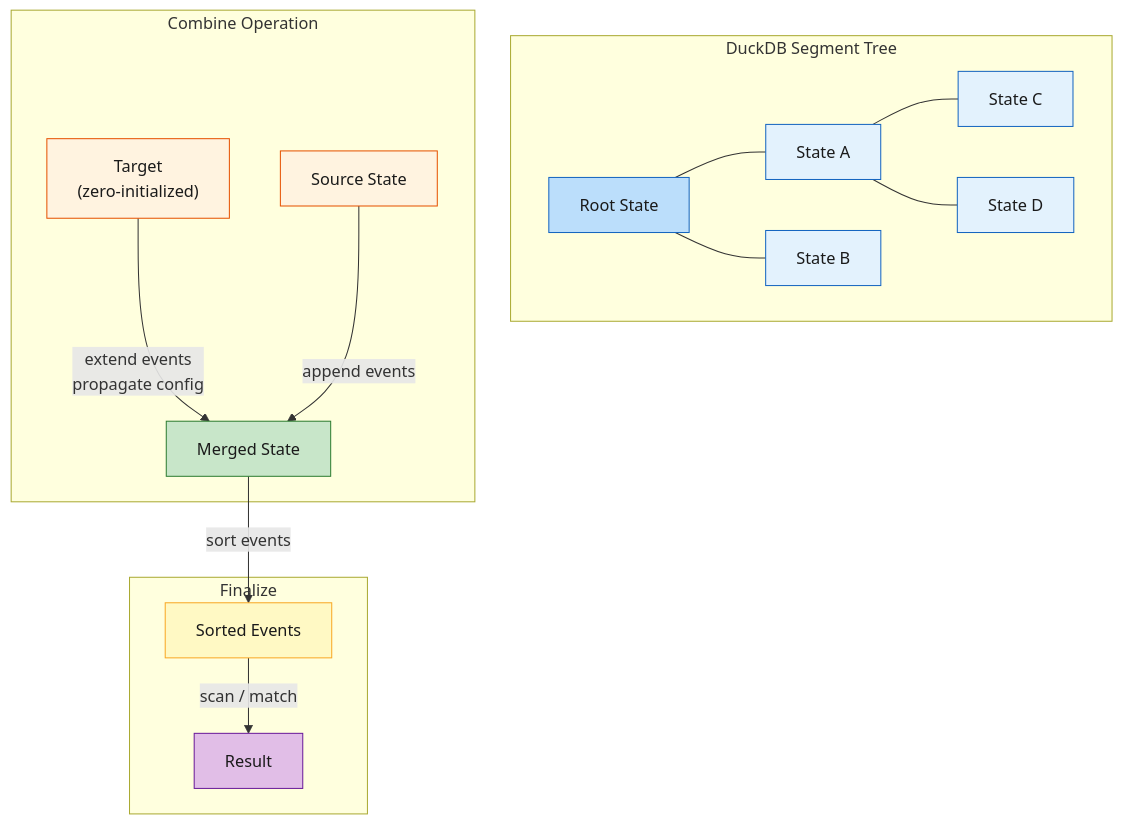
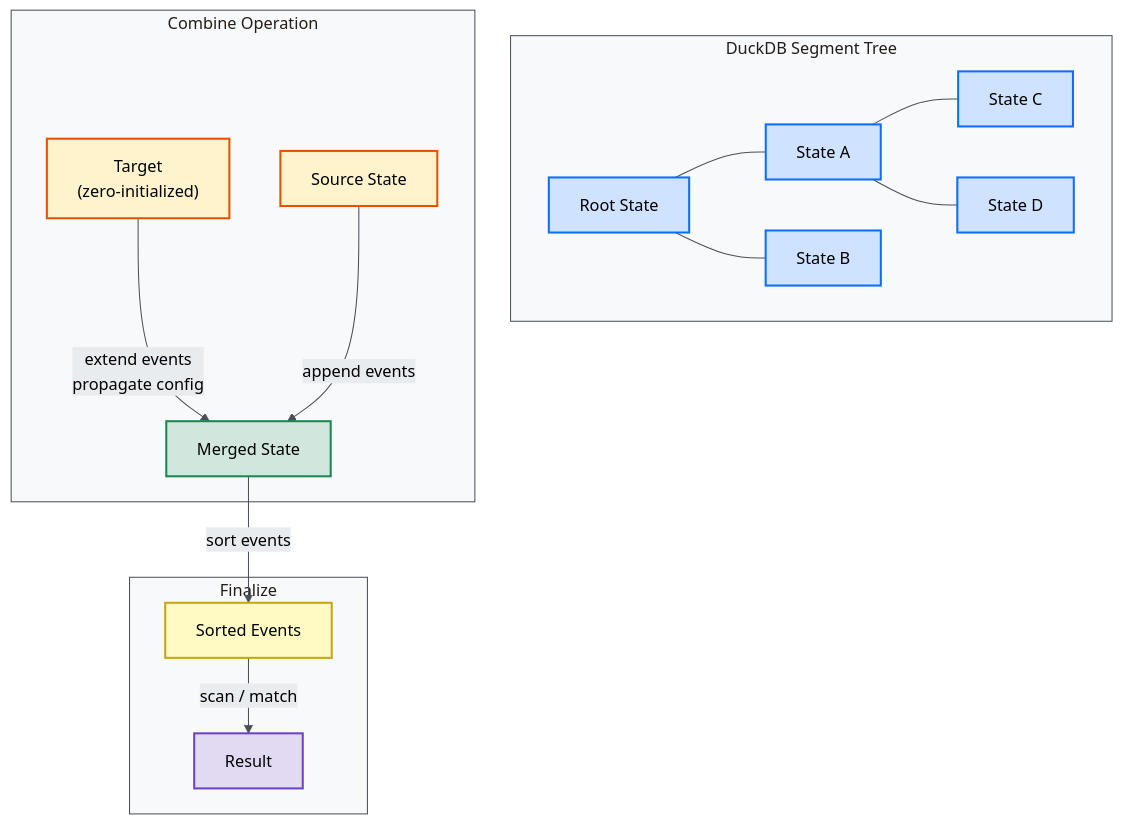
The second of 2 diagrams in docs/src/internals/architecture.md (tomtom215/duckdb-behavioral), drawn with Mermaid before and after one commit. The commit also changed other lines of this file and 10 other files, not shown here.

````diff
--- a/docs/src/internals/architecture.md
+++ b/docs/src/internals/architecture.md
@@ -184,35 +185,36 @@
 ```mermaid
+%%{init: {'theme': 'base', 'themeVariables': {'primaryColor': '#f8f9fa', 'primaryTextColor': '#000000', 'primaryBorderColor': '#495057', 'lineColor': '#495057', 'secondaryColor': '#e9ecef', 'tertiaryColor': '#dee2e6', 'textColor': '#000000', 'clusterBkg': '#f8f9fa', 'clusterBorder': '#495057'}}}%%
 flowchart TB
     subgraph "DuckDB Segment Tree"
         R["Root State"]
         L1["State A"]
         L2["State B"]
         L3["State C"]
         L4["State D"]
         R --- L1 & L2
         L1 --- L3 & L4
     end
 
     subgraph "Combine Operation"
         T["Target<br/>(zero-initialized)"]
         S["Source State"]
         T -->|"extend events<br/>propagate config"| M["Merged State"]
         S -->|"append events"| M
     end
 
     subgraph "Finalize"
         M -->|"sort events"| SORT["Sorted Events"]
         SORT -->|"scan / match"| OUT["Result"]
     end
 
-    style R fill:#bbdefb,stroke:#1565c0,color:#1a1a1a
-    style L1 fill:#e3f2fd,stroke:#1565c0,color:#1a1a1a
-    style L2 fill:#e3f2fd,stroke:#1565c0,color:#1a1a1a
-    style L3 fill:#e3f2fd,stroke:#1565c0,color:#1a1a1a
-    style L4 fill:#e3f2fd,stroke:#1565c0,color:#1a1a1a
-    style T fill:#fff3e0,stroke:#e65100,color:#1a1a1a
-    style S fill:#fff3e0,stroke:#e65100,color:#1a1a1a
-    style M fill:#c8e6c9,stroke:#2e7d32,color:#1a1a1a
-    style SORT fill:#fff9c4,stroke:#f9a825,color:#1a1a1a
-    style OUT fill:#e1bee7,stroke:#6a1b9a,color:#1a1a1a
+    style R fill:#cfe2ff,stroke:#0d6efd,stroke-width:2px,color:#000000
+    style L1 fill:#cfe2ff,stroke:#0d6efd,stroke-width:2px,color:#000000
+    style L2 fill:#cfe2ff,stroke:#0d6efd,stroke-width:2px,color:#000000
+    style L3 fill:#cfe2ff,stroke:#0d6efd,stroke-width:2px,color:#000000
+    style L4 fill:#cfe2ff,stroke:#0d6efd,stroke-width:2px,color:#000000
+    style T fill:#fff3cd,stroke:#e65100,stroke-width:2px,color:#000000
+    style S fill:#fff3cd,stroke:#e65100,stroke-width:2px,color:#000000
+    style M fill:#d1e7dd,stroke:#198754,stroke-width:2px,color:#000000
+    style SORT fill:#fff9c4,stroke:#c8a415,stroke-width:2px,color:#000000
+    style OUT fill:#e2d9f3,stroke:#6f42c1,stroke-width:2px,color:#000000
 ```
````
